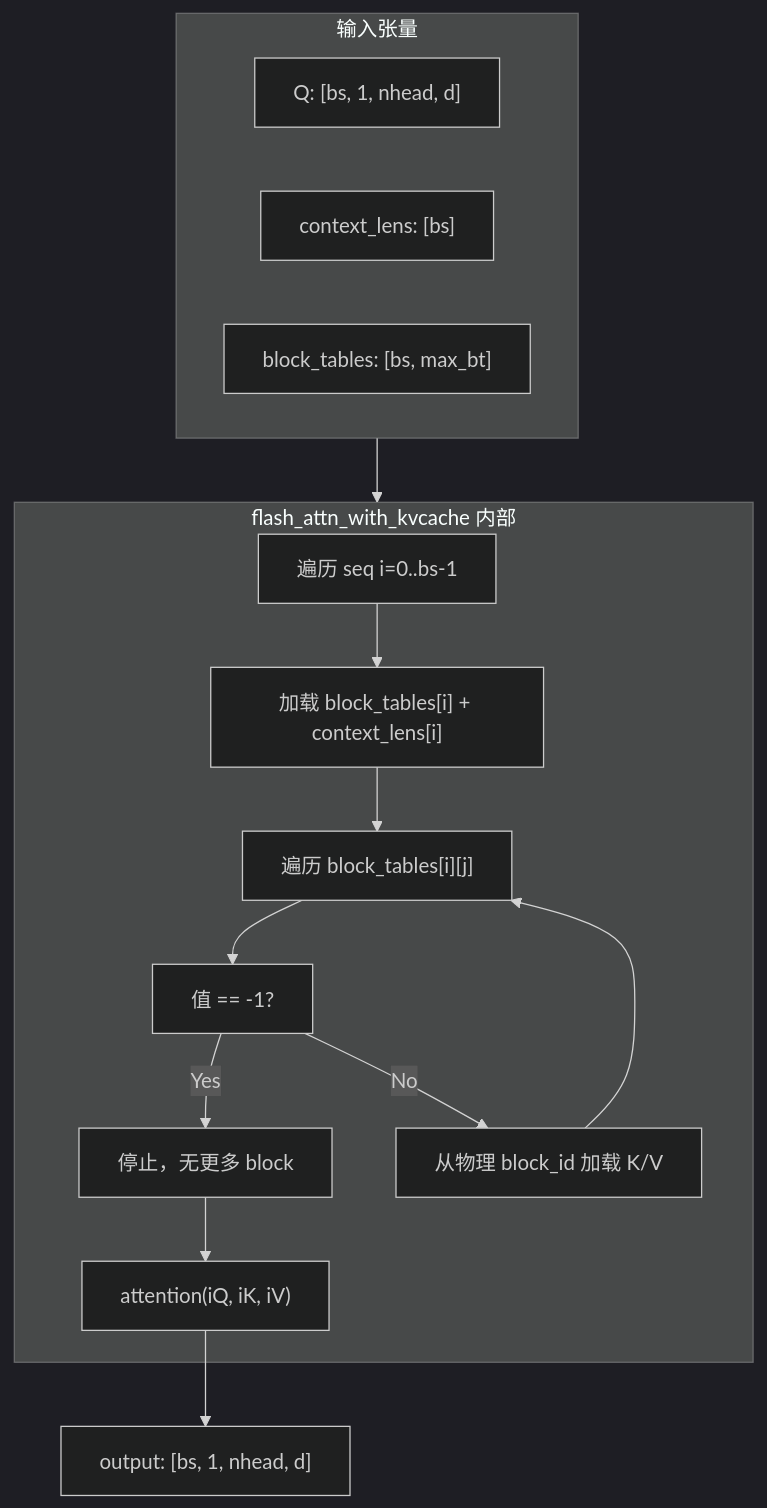
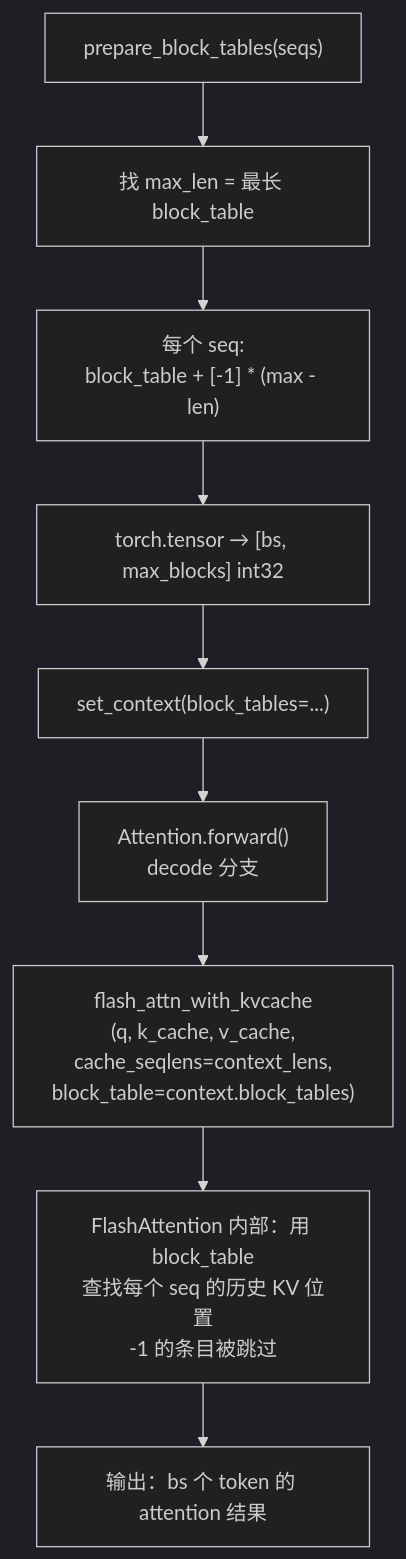
The third of 4 diagrams in docs/llm-inference-visual/slides/slides.06.md (ForceInjection/nano-vllm), drawn with Mermaid (dark theme) before and after one commit. The commit also changed other lines of this file, not shown here.

````diff
--- a/docs/llm-inference-visual/slides/slides.06.md
+++ b/docs/llm-inference-visual/slides/slides.06.md
@@ -750,22 +623,11 @@
-```mermaid {scale: 0.6}
+```mermaid {scale: 0.55}
 flowchart TD
-    subgraph INPUT["输入张量"]
-        Q["Q: [bs, 1, nhead, d]"]
-        CONTEXT["context_lens: [bs]"]
-        BT["block_tables: [bs, max_bt]"]
-    end
-
-    subgraph KERNEL["flash_attn_with_kvcache 内部"]
-        LOOP["遍历 seq i=0..bs-1"]
-        LOOP --> LOAD["加载 block_tables[i] + context_lens[i]"]
-        LOAD --> BTWALK["遍历 block_tables[i][j]"]
-        BTWALK --> CHECK["值 == -1?"]
-        CHECK -- Yes --> STOP["停止，无更多 block"]
-        CHECK -- No --> FETCH["从物理 block_id 加载 K/V"]
-        FETCH --> BTWALK
-        STOP --> ATTN["attention(iQ, iK, iV)"]
-    end
-
-    INPUT --> KERNEL
-    ATTN --> OUT["output: [bs, 1, nhead, d]"]
+    A["prepare_block_tables(seqs)"] --> B["找 max_len = 最长 block_table"]
+    B --> C["每个 seq:<br/>block_table + [-1] * (max - len)"]
+    C --> D["torch.tensor → [bs, max_blocks] int32"]
+    D --> E["set_context(block_tables=...)"]
+    E --> F["Attention.forward()<br/>decode 分支"]
+    F --> G["flash_attn_with_kvcache<br/>(q, k_cache, v_cache,<br/>cache_seqlens=context_lens,<br/>block_table=context.block_tables)"]
+    G --> H["FlashAttention 内部：用 block_table<br/>查找每个 seq 的历史 KV 位置<br/>-1 的条目被跳过"]
+    H --> I["输出：bs 个 token 的 attention 结果"]
 ```
````
